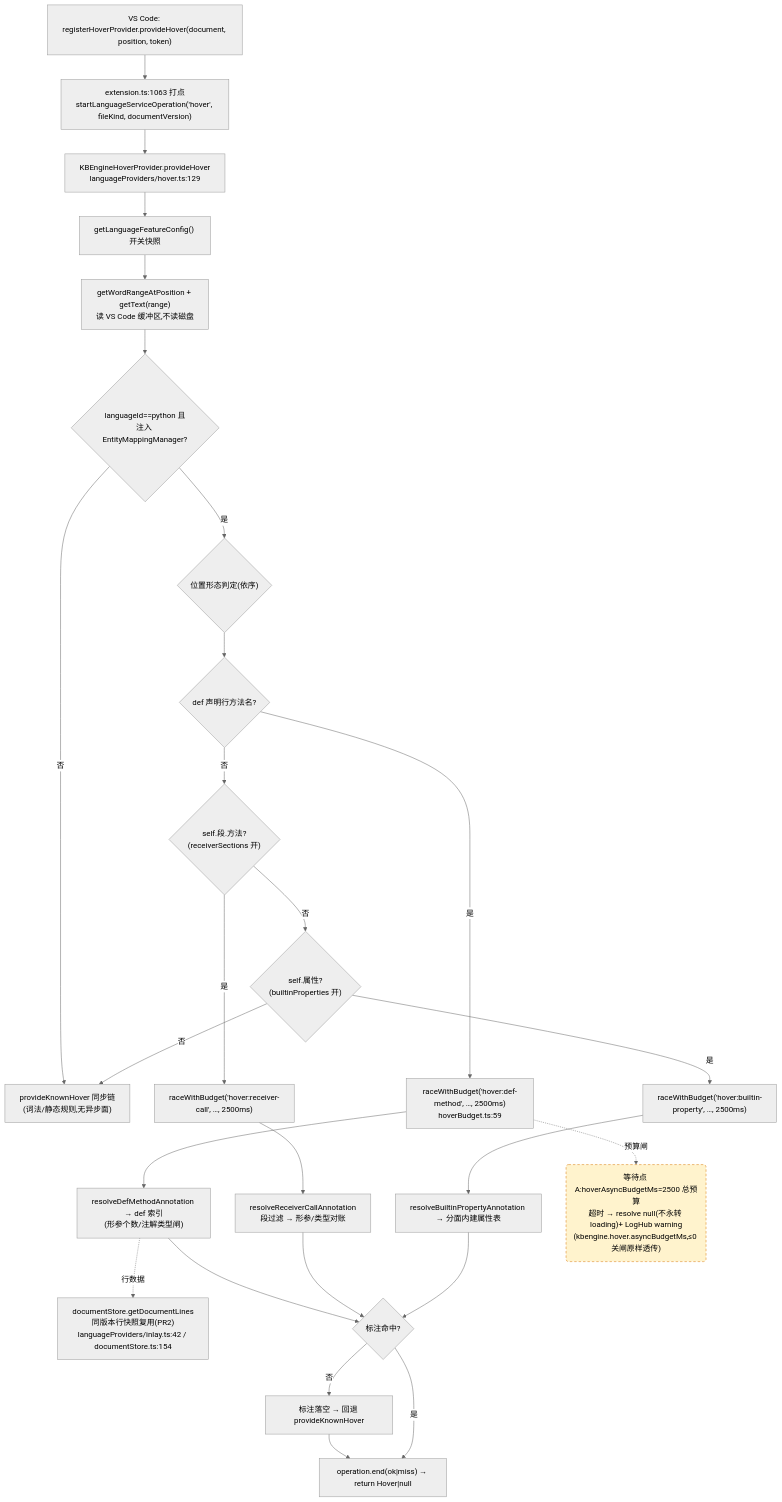
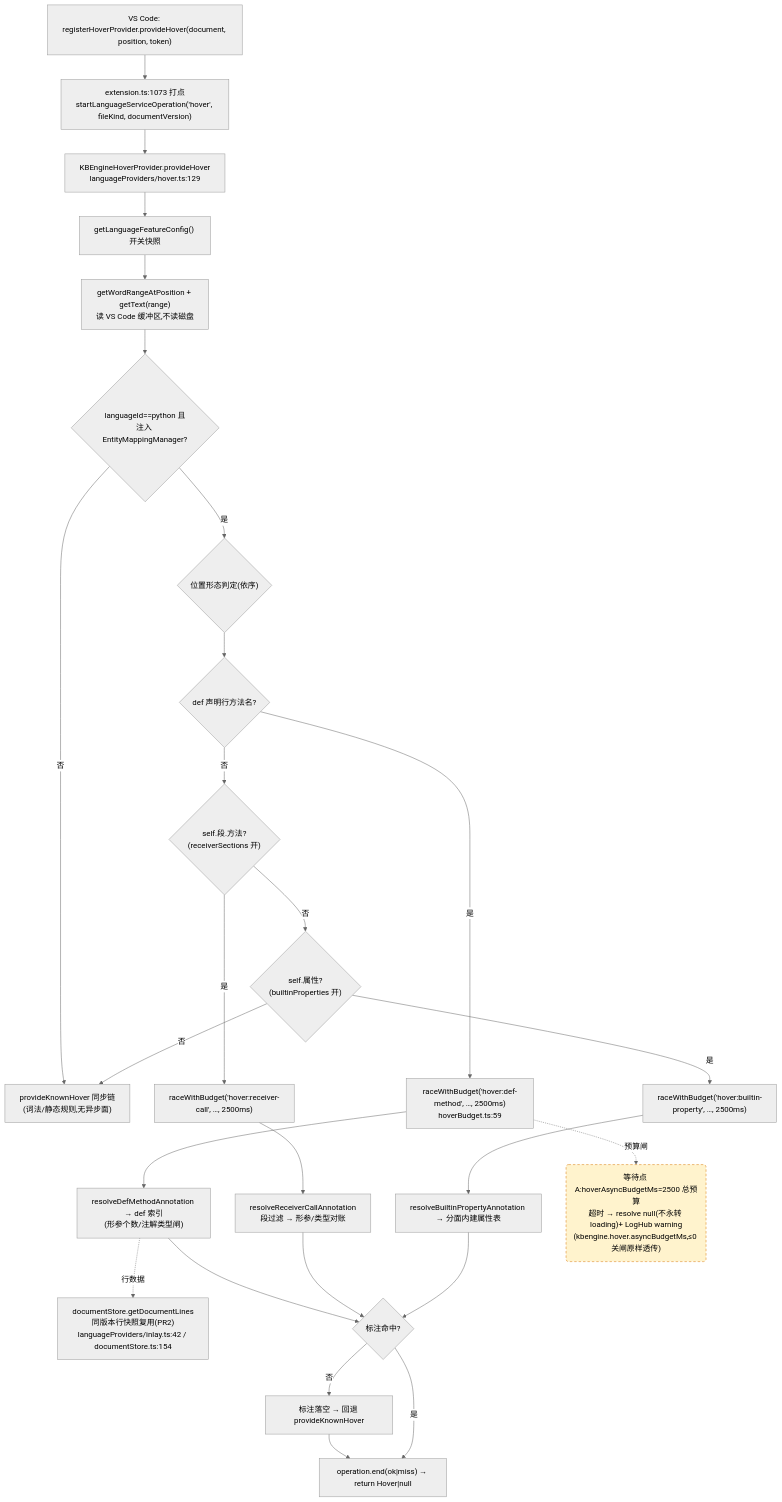
Before and after one commit to cuihairu/kode: the first of 4 diagrams in docs/perf/2026-baseline.md, drawn with Mermaid (neutral theme). The commit also changed other lines of this file and 13 other files, not shown here.

First line of the commit message:
feat(configData): config-data mutation diagnostics and schema hover (KODE-CFG-016)

````diff
--- a/docs/perf/2026-baseline.md
+++ b/docs/perf/2026-baseline.md
@@ -82,45 +82,45 @@
 ```mermaid
 flowchart TD
   VC1["VS Code: registerHoverProvider.provideHover(document, position, token)"]
-  M1["extension.ts:1063 打点<br/>startLanguageServiceOperation('hover', fileKind, documentVersion)"]
+  M1["extension.ts:1073 打点<br/>startLanguageServiceOperation('hover', fileKind, documentVersion)"]
   HP["KBEngineHoverProvider.provideHover<br/>languageProviders/hover.ts:129"]
   CFG["getLanguageFeatureConfig() 开关快照"]
   WORD["getWordRangeAtPosition + getText(range)<br/>读 VS Code 缓冲区,不读磁盘"]
   BR{"languageId==python 且<br/>注入 EntityMappingManager?"}
   KN["provideKnownHover 同步链<br/>(词法/静态规则,无异步面)"]
   POS{"位置形态判定(依序)"}
   D1{"def 声明行方法名?"}
   D2{"self.段.方法?<br/>(receiverSections 开)"}
   D3{"self.属性?<br/>(builtinProperties 开)"}
   RA1["raceWithBudget('hover:def-method', …, 2500ms)<br/>hoverBudget.ts:59"]
   RA2["raceWithBudget('hover:receiver-call', …, 2500ms)"]
   RA3["raceWithBudget('hover:builtin-property', …, 2500ms)"]
   RS1["resolveDefMethodAnnotation → def 索引<br/>(形参个数/注解类型闸)"]
   RS2["resolveReceiverCallAnnotation<br/>段过滤 → 形参/类型对账"]
   RS3["resolveBuiltinPropertyAnnotation → 分面内建属性表"]
   LINES["documentStore.getDocumentLines<br/>同版本行快照复用(PR2)<br/>languageProviders/inlay.ts:42 / documentStore.ts:154"]
   MISS["标注落空 → 回退 provideKnownHover"]
   END1["operation.end(ok|miss) → return Hover|null"]
 
   VC1 --> M1 --> HP --> CFG --> WORD --> BR
   BR -- "否" --> KN
   BR -- "是" --> POS --> D1
   D1 -- "是" --> RA1 --> RS1
   D1 -- "否" --> D2
   D2 -- "是" --> RA2 --> RS2
   D2 -- "否" --> D3
   D3 -- "是" --> RA3 --> RS3
   D3 -- "否" --> KN
   RS1 --> HIT{"标注命中?"}
   RS2 --> HIT
   RS3 --> HIT
   RS1 -.->|行数据| LINES
   HIT -- "否" --> MISS --> END1
   HIT -- "是" --> END1
 
   WAITA("等待点 A:hoverAsyncBudgetMs=2500 总预算<br/>超时 → resolve null(不永转 loading)+ LogHub warning<br/>(kbengine.hover.asyncBudgetMs,≤0 关闸原样透传)")
   RA1 -.->|预算闸| WAITA
 
   classDef waitPoint fill:#fff3cd,stroke:#d97706,stroke-dasharray:5 4;
   class WAITA waitPoint;
 ```
````
